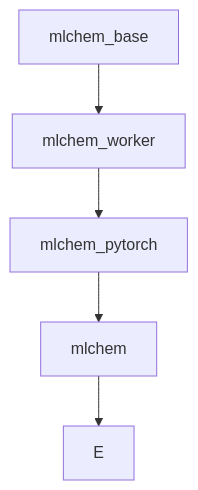
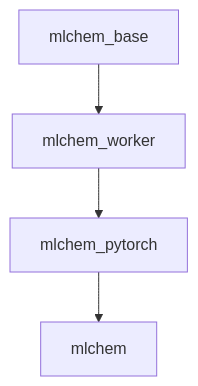
The diagram in README.md (tiangroup-uofa/research-container-images), drawn with Mermaid before and after one commit. The commit also changed 4 other files, not shown here.

````diff
--- a/README.md
+++ b/README.md
@@ -5,20 +5,20 @@
 ```mermaid
 flowchart TB
     A[mlchem_base]:::layer1
     B[mlchem_worker]:::layer2
     C[mlchem_pytorch]:::layer3
     D[mlchem]:::layer4
 
     %% Connections
     A --> B
     B --> C
     C --> D
-    D --> E
+    %%D --> E
 
     %% Arrange layers
     %%{rank=same; A; B}
     %%{rank=same; C; D}
 
-    classDef layer1 fill=#f9f,stroke=#333,stroke-width=1px
-    classDef layer2 fill=#bbf,stroke=#333,stroke-width=1px
+    %%classDef layer1 fill=#f9f,stroke=#333,stroke-width=1px
+    %%classDef layer2 fill=#bbf,stroke=#333,stroke-width=1px
 ```
````
